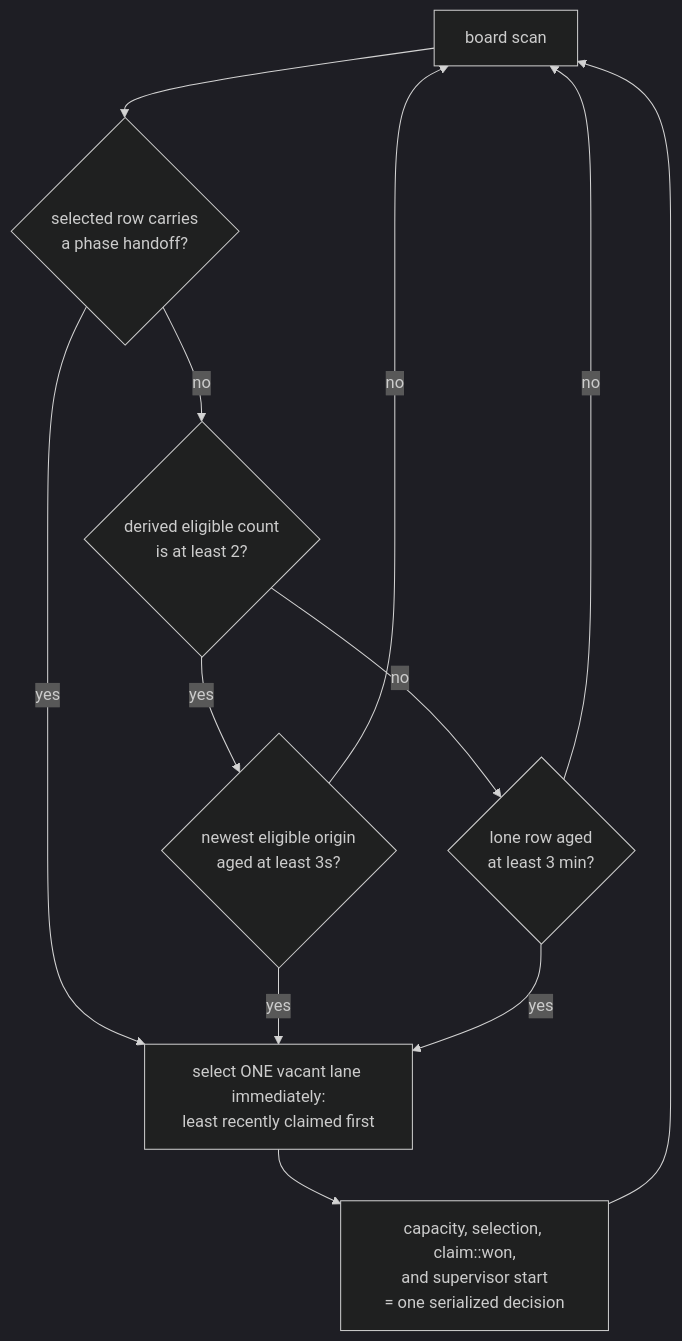
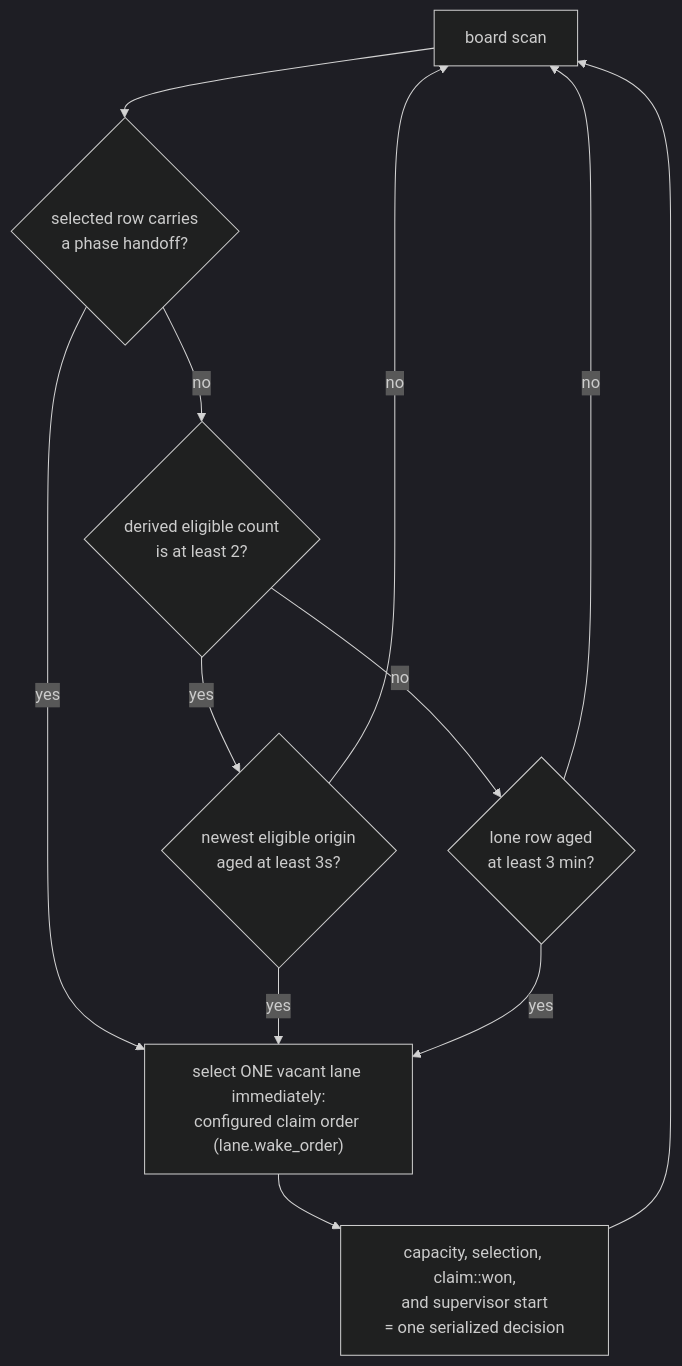
Diagram 12 of 17 in docs/product/loops.md (infimalabs/spice-rust), drawn with Mermaid (dark theme) before and after one commit. The commit also changed 13 other files, not shown here.

First line of the commit message:
lane: Let an installation choose which due lane wakes first WAKE-dVZVc8c0d

````diff
--- a/docs/product/loops.md
+++ b/docs/product/loops.md
@@ -334,14 +334,14 @@
 ```mermaid
 flowchart TD
   B["board scan"] --> H{"selected row carries<br/>a phase handoff?"}
-  H -- yes --> W["select ONE vacant lane immediately:<br/>least recently claimed first"]
+  H -- yes --> W["select ONE vacant lane immediately:<br/>configured claim order (lane.wake_order)"]
   H -- no --> R{"derived eligible count<br/>is at least 2?"}
   R -- yes --> S{"newest eligible origin<br/>aged at least 3s?"}
   R -- no --> L{"lone row aged<br/>at least 3 min?"}
   S -- yes --> W
   S -- no --> B
   L -- yes --> W
   L -- no --> B
   W --> C["capacity, selection, claim::won,<br/>and supervisor start<br/>= one serialized decision"]
   C --> B
 ```
````
